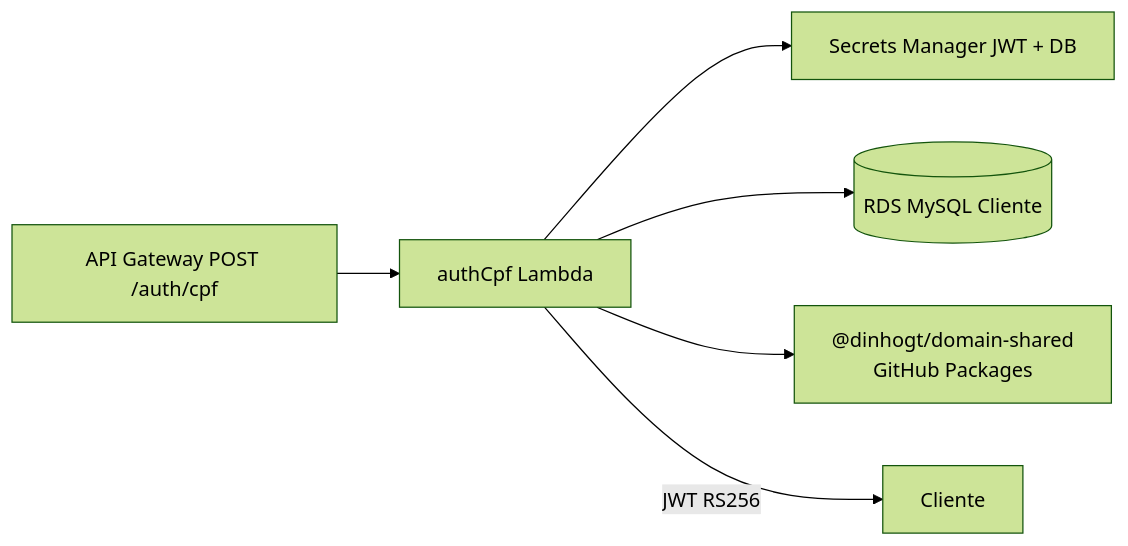
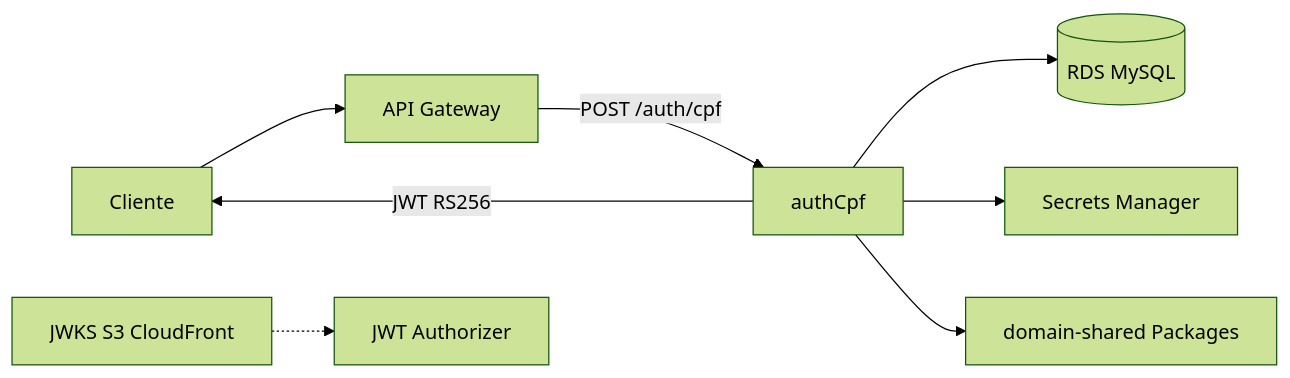
Before and after one commit to dinhogt/autoservicemanager-auth-lambda: the diagram in README.md, drawn with Mermaid (forest theme). The commit also changed other lines of this file, not shown here.

Commit message:
docs: align README with delivery-index and JWKS scope diagram

````diff
--- a/README.md
+++ b/README.md
@@ -11,8 +15,10 @@
 ```mermaid
 flowchart LR
-  APIGW[API Gateway POST /auth/cpf] --> Lambda[authCpf Lambda]
-  Lambda --> SM[Secrets Manager JWT + DB]
-  Lambda --> RDS[(RDS MySQL Cliente)]
-  Lambda --> PKG["@dinhogt/domain-shared\nGitHub Packages"]
-  Lambda -->|JWT RS256| Client[Cliente]
+  Client[Cliente] --> APIGW[API Gateway]
+  APIGW -->|POST /auth/cpf| Lambda[authCpf]
+  Lambda --> RDS[(RDS MySQL)]
+  Lambda --> SM[Secrets Manager]
+  Lambda --> PKG[domain-shared Packages]
+  Lambda -->|JWT RS256| Client
+  JWKS[JWKS S3 CloudFront] -.-> AuthZ[JWT Authorizer]
 ```
````
